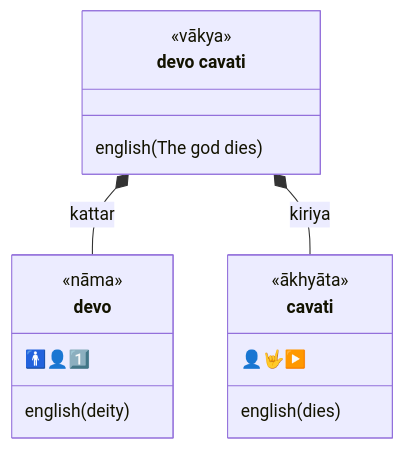
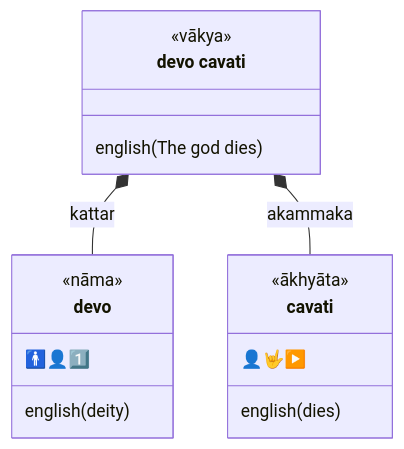
Before and after one commit to ChristineTham/buddhavacana: the second of 43 diagrams in content/en/docs/Pali/sentences.md, drawn with Mermaid. The commit also changed other lines of this file and 4 other files, not shown here.

````diff
--- a/content/en/docs/Pali/sentences.md
+++ b/content/en/docs/Pali/sentences.md
@@ -84,19 +89,19 @@
 ```mermaid
 classDiagram
   class sentence["devo cavati"] {
     <<vākya>>
     english(The god dies)
   }
   class devo {
     <<nāma>>
     🚹👤1️⃣
     english(deity)
   }
   class cavati {
     <<ākhyāta>>
      👤🤟▶️
     english(dies)
   }
   sentence *-- devo : kattar
-  sentence *-- cavati: kiriya
+  sentence *-- cavati: akammaka
 ```
````
